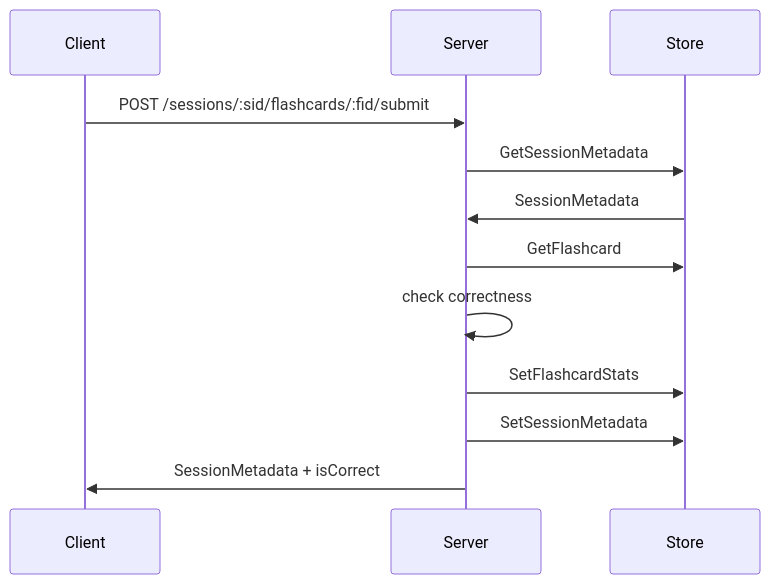
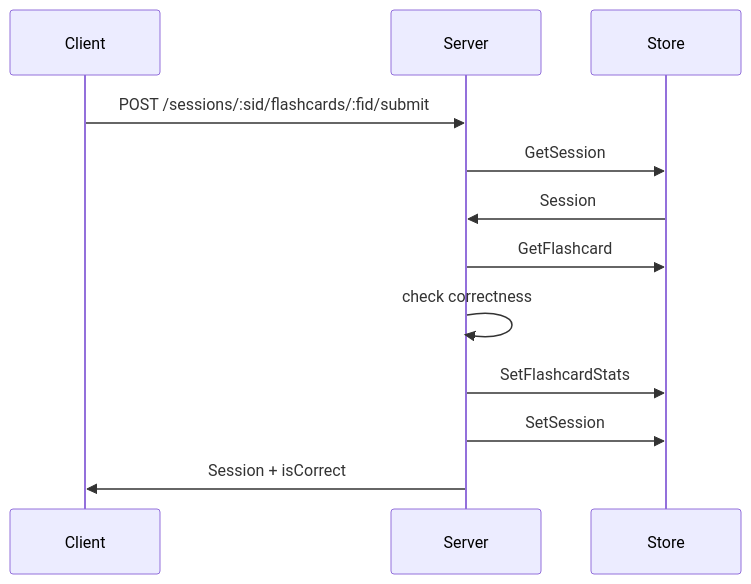
One commit to lafeingcrokodil/flashcards changed the sixth of 7 diagrams in README.md. Above: the diagram before and after it, drawn with Mermaid. The commit also changed other lines of this file and 7 other files, not shown here.

Commit message:
Rename SessionMetadata to Session

````diff
--- a/README.md
+++ b/README.md
@@ -157,15 +157,15 @@
 ```mermaid
 sequenceDiagram
     participant Client
     participant Server
     participant Store
 
     Client->>Server: POST /sessions/:sid/flashcards/:fid/submit
-    Server->>Store: GetSessionMetadata
-    Store->>Server: SessionMetadata
+    Server->>Store: GetSession
+    Store->>Server: Session
     Server->>Store: GetFlashcard
     Server->>Server: check correctness
     Server->>Store: SetFlashcardStats
-    Server->>Store: SetSessionMetadata
-    Server->>Client: SessionMetadata + isCorrect
+    Server->>Store: SetSession
+    Server->>Client: Session + isCorrect
 ```
````
